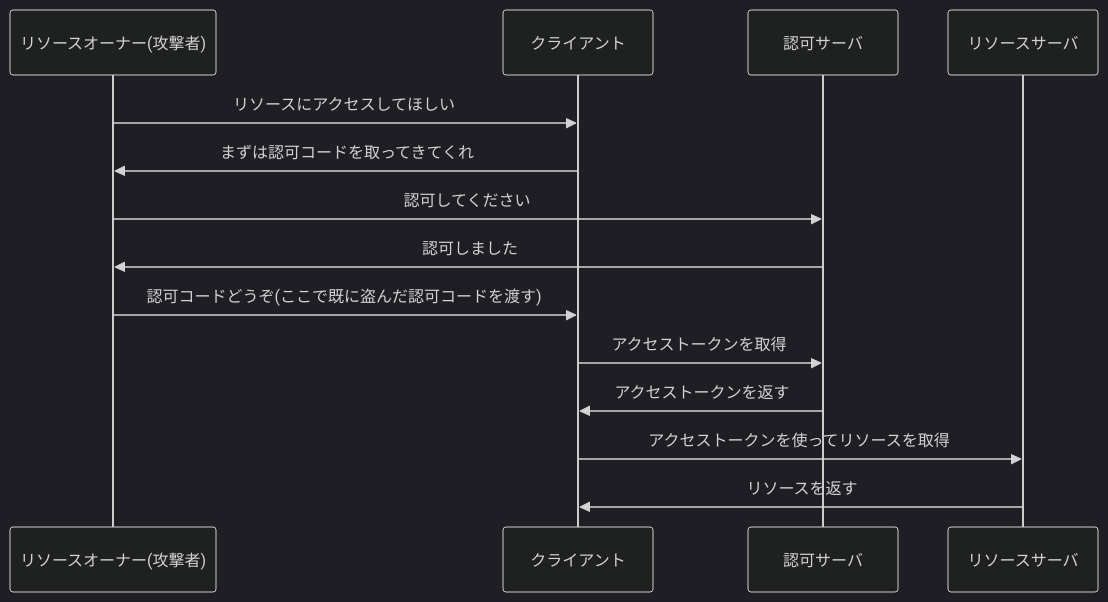
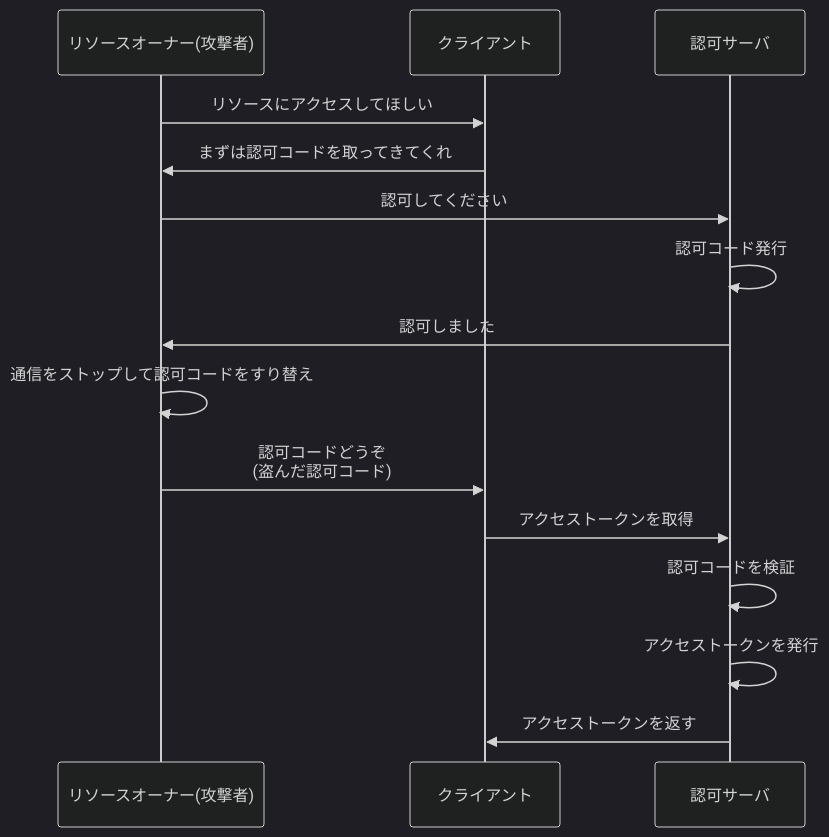
Before and after one commit to calloc134/zenn-dir: the eighth of 20 diagrams in articles/5e8da6c491e720.md, drawn with Mermaid (dark theme). The commit also changed other lines of this file, not shown here.

Commit message:
認可コード利用攻撃のフロー変更

````diff
--- a/articles/5e8da6c491e720.md
+++ b/articles/5e8da6c491e720.md
@@ -989,17 +988,19 @@
 ```mermaid
 sequenceDiagram
     participant リソースオーナー(攻撃者)
     participant クライアント
     participant 認可サーバ
-    participant リソースサーバ
+
 
     リソースオーナー(攻撃者)->>クライアント: リソースにアクセスしてほしい
     クライアント->>リソースオーナー(攻撃者): まずは認可コードを取ってきてくれ
     リソースオーナー(攻撃者)->>認可サーバ: 認可してください
+    認可サーバ->>認可サーバ: 認可コード発行
     認可サーバ->>リソースオーナー(攻撃者): 認可しました
-    リソースオーナー(攻撃者)->>クライアント: 認可コードどうぞ(ここで既に盗んだ認可コードを渡す)
+    リソースオーナー(攻撃者)->>リソースオーナー(攻撃者): 通信をストップして認可コードをすり替え
+    リソースオーナー(攻撃者)->>クライアント: 認可コードどうぞ<br>(盗んだ認可コード)
     クライアント->>認可サーバ: アクセストークンを取得
+    認可サーバ->>認可サーバ: 認可コードを検証
+    認可サーバ->>認可サーバ: アクセストークンを発行
     認可サーバ->>クライアント: アクセストークンを返す
-    クライアント->>リソースサーバ: アクセストークンを使ってリソースを取得
-    リソースサーバ->>クライアント: リソースを返す
 ```
````
